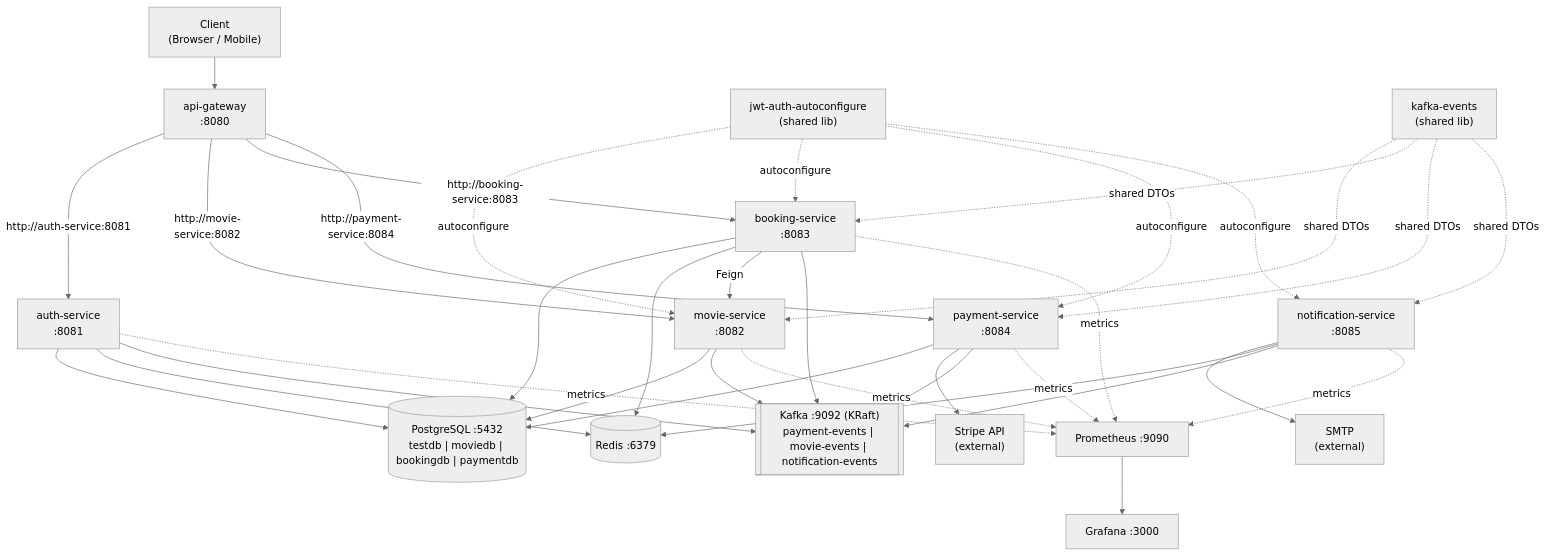
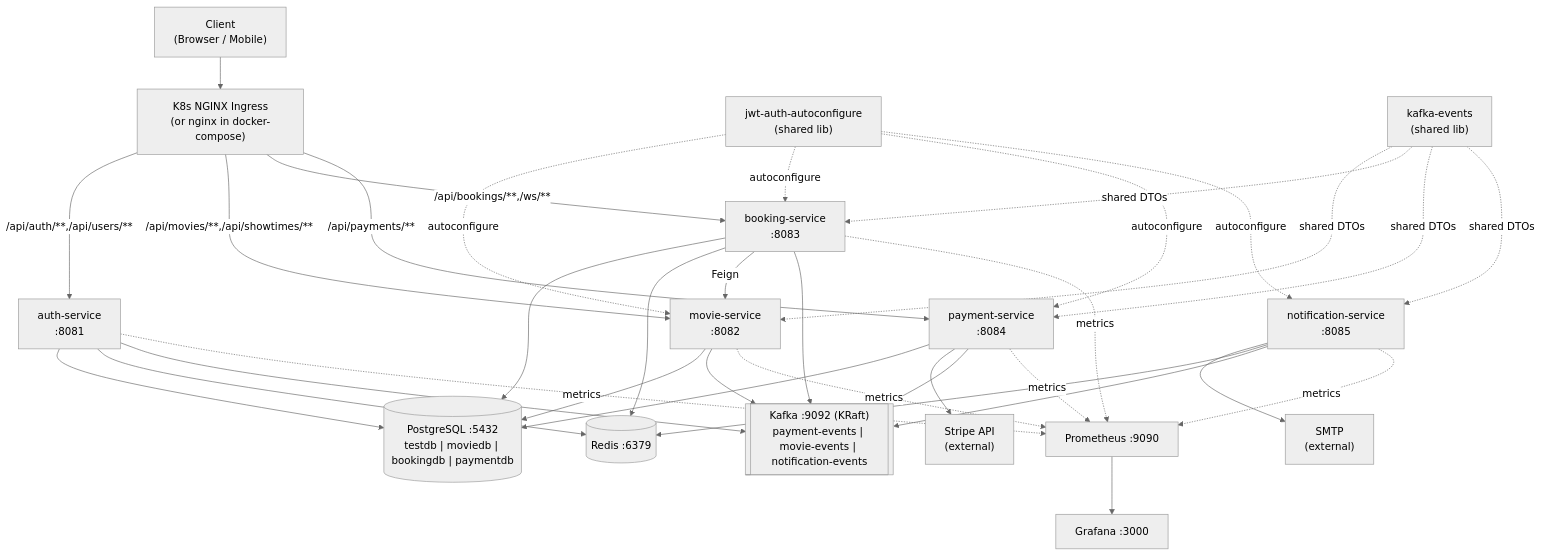
The first of 25 diagrams in docs/system-design-mermaid-diagrams-all-services-flows.md (namnd0312/ms-cinema), drawn with Mermaid (neutral theme) before and after one commit. The commit also changed other lines of this file and 36 other files, not shown here.

Commit message:
260409-2143-remove-api-gateway-use-k8s-ingress

````diff
--- a/docs/system-design-mermaid-diagrams-all-services-flows.md
+++ b/docs/system-design-mermaid-diagrams-all-services-flows.md
@@ -28,62 +28,62 @@
 ```mermaid
 graph TD
     Client["Client\n(Browser / Mobile)"]
-    Gateway["api-gateway\n:8080"]
+    Ingress["K8s NGINX Ingress\n(or nginx in docker-compose)"]
 
     AuthSvc["auth-service\n:8081"]
     MovieSvc["movie-service\n:8082"]
     BookingSvc["booking-service\n:8083"]
     PaymentSvc["payment-service\n:8084"]
     NotifSvc["notification-service\n:8085"]
 
     PG[("PostgreSQL :5432\ntestdb | moviedb | bookingdb | paymentdb")]
     Redis[("Redis :6379")]
     Kafka[["Kafka :9092 (KRaft)\npayment-events | movie-events | notification-events"]]
     Stripe["Stripe API\n(external)"]
     SMTP["SMTP\n(external)"]
 
     Prometheus["Prometheus :9090"]
     Grafana["Grafana :3000"]
 
     JwtStarter["jwt-auth-autoconfigure\n(shared lib)"]
     KafkaEvents["kafka-events\n(shared lib)"]
 
-    Client --> Gateway
-    Gateway -->|http://auth-service:8081| AuthSvc
-    Gateway -->|http://movie-service:8082| MovieSvc
-    Gateway -->|http://booking-service:8083| BookingSvc
-    Gateway -->|http://payment-service:8084| PaymentSvc
+    Client --> Ingress
+    Ingress -->|/api/auth/**,/api/users/**| AuthSvc
+    Ingress -->|/api/movies/**,/api/showtimes/**| MovieSvc
+    Ingress -->|/api/bookings/**,/ws/**| BookingSvc
+    Ingress -->|/api/payments/**| PaymentSvc
 
     AuthSvc --> PG
     AuthSvc --> Redis
     AuthSvc --> Kafka
     MovieSvc --> PG
     BookingSvc --> PG
     BookingSvc --> Redis
     BookingSvc -->|Feign| MovieSvc
     PaymentSvc --> PG
     PaymentSvc --> Stripe
     NotifSvc --> SMTP
     NotifSvc --> Redis
     NotifSvc --> Kafka
 
     MovieSvc --> Kafka
     PaymentSvc --> Kafka
     BookingSvc --> Kafka
 
     MovieSvc -.->|metrics| Prometheus
     BookingSvc -.->|metrics| Prometheus
     PaymentSvc -.->|metrics| Prometheus
     AuthSvc -.->|metrics| Prometheus
     NotifSvc -.->|metrics| Prometheus
     Prometheus --> Grafana
 
     JwtStarter -.->|autoconfigure| MovieSvc
     JwtStarter -.->|autoconfigure| BookingSvc
     JwtStarter -.->|autoconfigure| PaymentSvc
     JwtStarter -.->|autoconfigure| NotifSvc
     KafkaEvents -.->|shared DTOs| MovieSvc
     KafkaEvents -.->|shared DTOs| BookingSvc
     KafkaEvents -.->|shared DTOs| PaymentSvc
     KafkaEvents -.->|shared DTOs| NotifSvc
 ```
````
